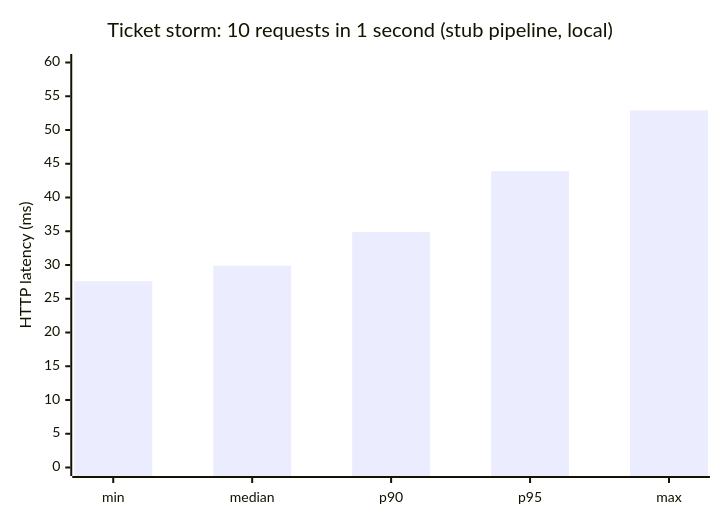
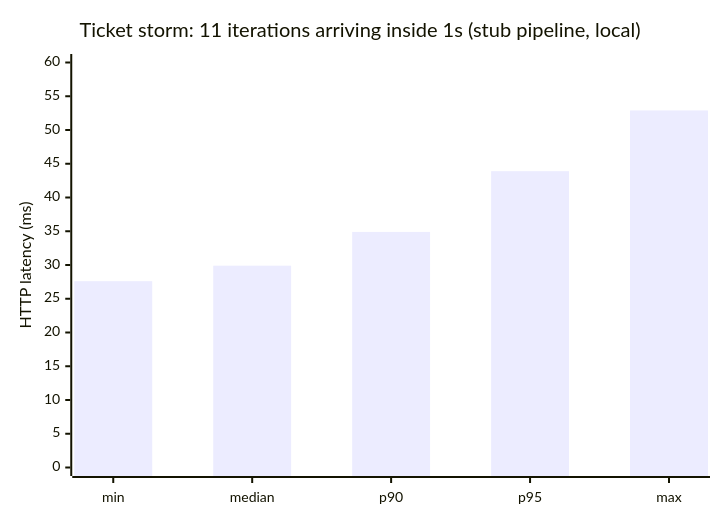
One commit to kartikeyamandhar/prod_rag changed the fifth of 8 diagrams in README.md. Above: the diagram before and after it, drawn with Mermaid. The commit also changed other lines of this file, not shown here.

````diff
--- a/README.md
+++ b/README.md
@@ -147,7 +153,7 @@
 ```mermaid
 xychart-beta
-    title "Ticket storm: 10 requests in 1 second (stub pipeline, local)"
+    title "Ticket storm: 11 iterations arriving inside 1s (stub pipeline, local)"
     x-axis ["min", "median", "p90", "p95", "max"]
     y-axis "HTTP latency (ms)" 0 --> 60
     bar [27.6, 29.9, 34.9, 43.9, 52.9]
 ```
````
